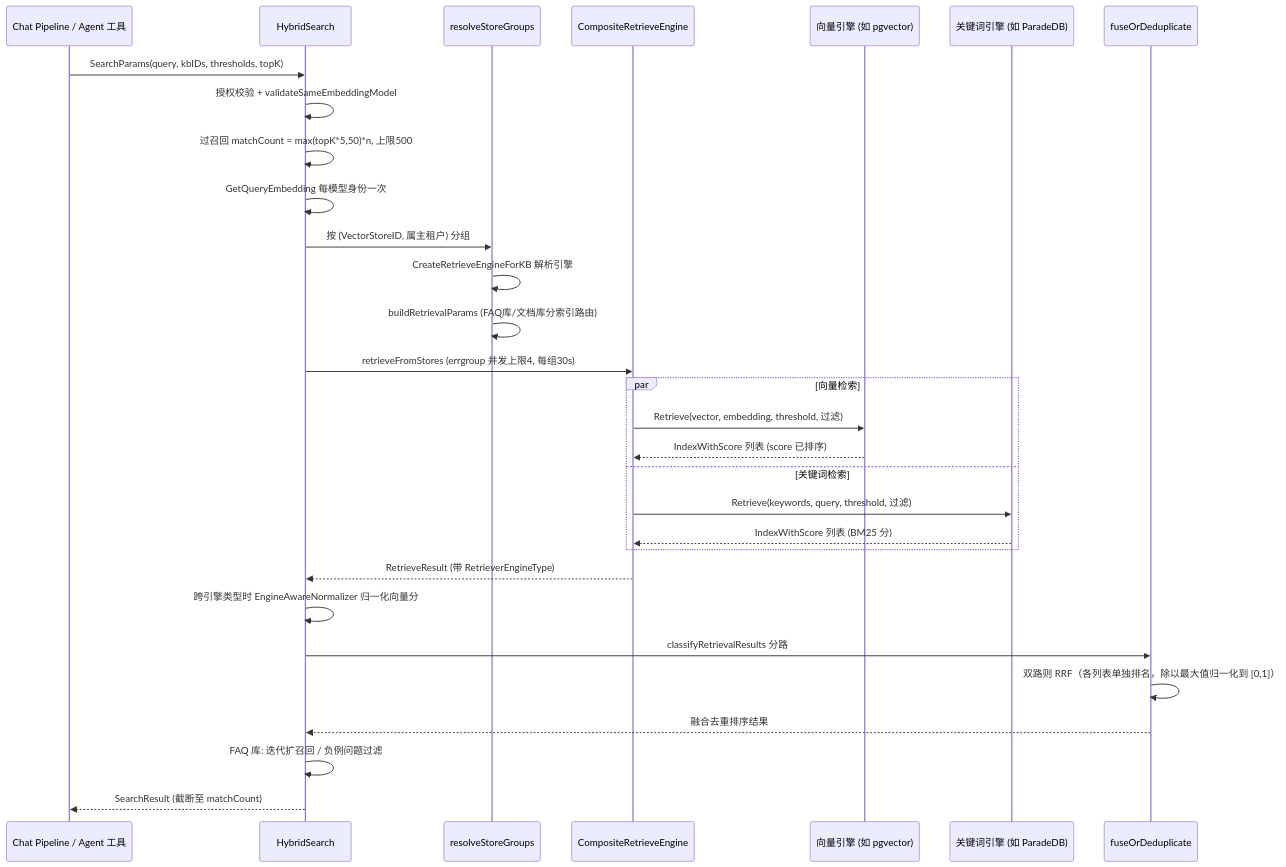
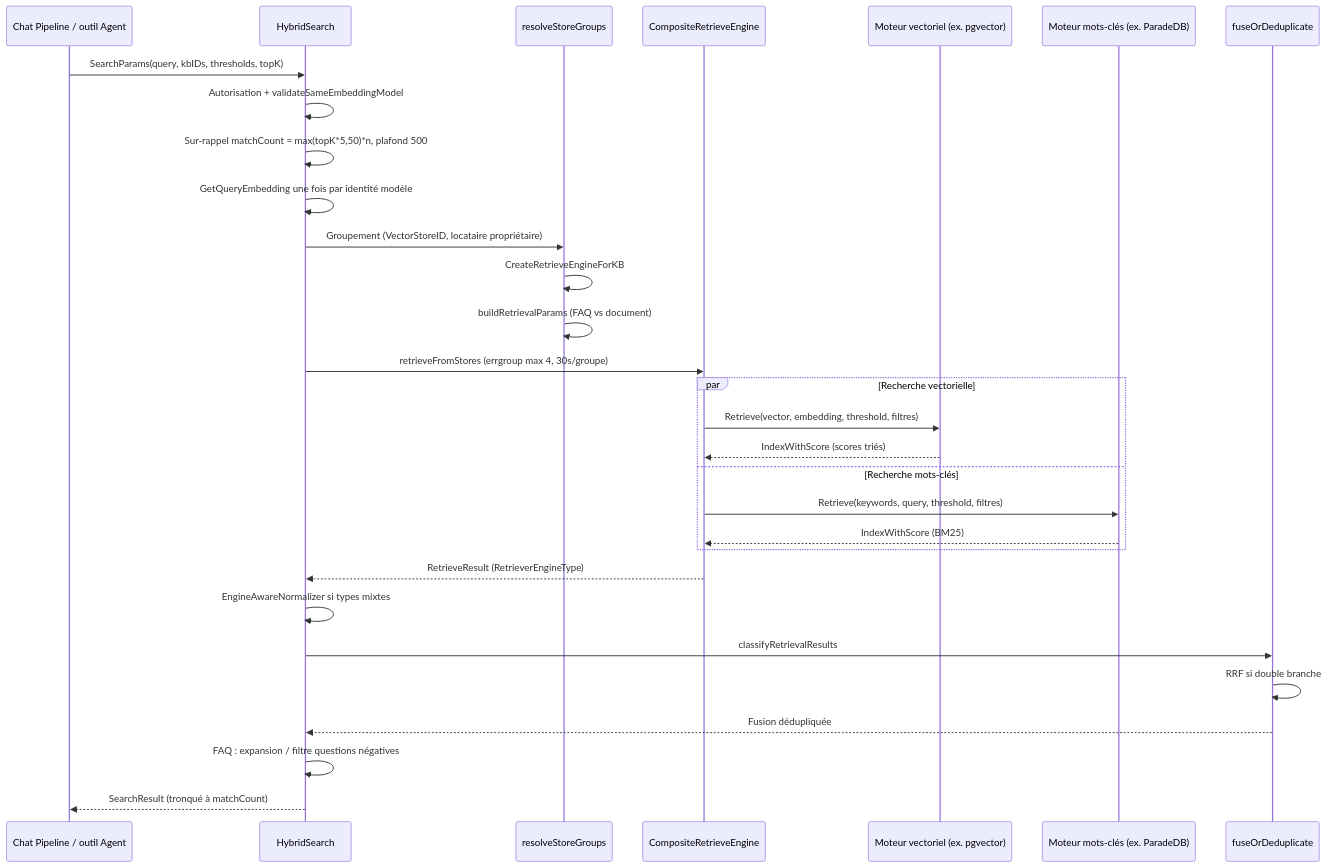
Before and after one commit to samiriggui-code/gsms-template: the second of 2 diagrams in website-docs/03-features/05-retrieval-engines.md, drawn with Mermaid. The commit also changed other lines of this file and 301 other files, not shown here.

````diff
--- a/website-docs/03-features/05-retrieval-engines.md
+++ b/website-docs/03-features/05-retrieval-engines.md
@@ -287,33 +262,33 @@
 ```mermaid
 sequenceDiagram
-    participant P as Chat Pipeline / Agent 工具
+    participant P as Chat Pipeline / outil Agent
     participant H as HybridSearch
     participant G as resolveStoreGroups
     participant C as CompositeRetrieveEngine
-    participant V as 向量引擎 (如 pgvector)
-    participant K as 关键词引擎 (如 ParadeDB)
+    participant V as Moteur vectoriel (ex. pgvector)
+    participant K as Moteur mots-clés (ex. ParadeDB)
     participant F as fuseOrDeduplicate
 
     P->>H: SearchParams(query, kbIDs, thresholds, topK)
-    H->>H: 授权校验 + validateSameEmbeddingModel
-    H->>H: 过召回 matchCount = max(topK*5,50)*n, 上限500
-    H->>H: GetQueryEmbedding 每模型身份一次
-    H->>G: 按 (VectorStoreID, 属主租户) 分组
-    G->>G: CreateRetrieveEngineForKB 解析引擎
-    G->>G: buildRetrievalParams (FAQ库/文档库分索引路由)
-    H->>C: retrieveFromStores (errgroup 并发上限4, 每组30s)
-    par 向量检索
-        C->>V: Retrieve(vector, embedding, threshold, 过滤)
-        V-->>C: IndexWithScore 列表 (score 已排序)
-    and 关键词检索
-        C->>K: Retrieve(keywords, query, threshold, 过滤)
-        K-->>C: IndexWithScore 列表 (BM25 分)
+    H->>H: Autorisation + validateSameEmbeddingModel
+    H->>H: Sur-rappel matchCount = max(topK*5,50)*n, plafond 500
+    H->>H: GetQueryEmbedding une fois par identité modèle
+    H->>G: Groupement (VectorStoreID, locataire propriétaire)
+    G->>G: CreateRetrieveEngineForKB
+    G->>G: buildRetrievalParams (FAQ vs document)
+    H->>C: retrieveFromStores (errgroup max 4, 30s/groupe)
+    par Recherche vectorielle
+        C->>V: Retrieve(vector, embedding, threshold, filtres)
+        V-->>C: IndexWithScore (scores triés)
+    and Recherche mots-clés
+        C->>K: Retrieve(keywords, query, threshold, filtres)
+        K-->>C: IndexWithScore (BM25)
     end
-    C-->>H: RetrieveResult (带 RetrieverEngineType)
-    H->>H: 跨引擎类型时 EngineAwareNormalizer 归一化向量分
-    H->>F: classifyRetrievalResults 分路
-    F->>F: 双路则 RRF（各列表单独排名，除以最大值归一化到 [0,1]）
-    F-->>H: 融合去重排序结果
-    H->>H: FAQ 库: 迭代扩召回 / 负例问题过滤
-    H-->>P: SearchResult (截断至 matchCount)
+    C-->>H: RetrieveResult (RetrieverEngineType)
+    H->>H: EngineAwareNormalizer si types mixtes
+    H->>F: classifyRetrievalResults
+    F->>F: RRF si double branche
+    F-->>H: Fusion dédupliquée
+    H->>H: FAQ : expansion / filtre questions négatives
+    H-->>P: SearchResult (tronqué à matchCount)
 ```
````
